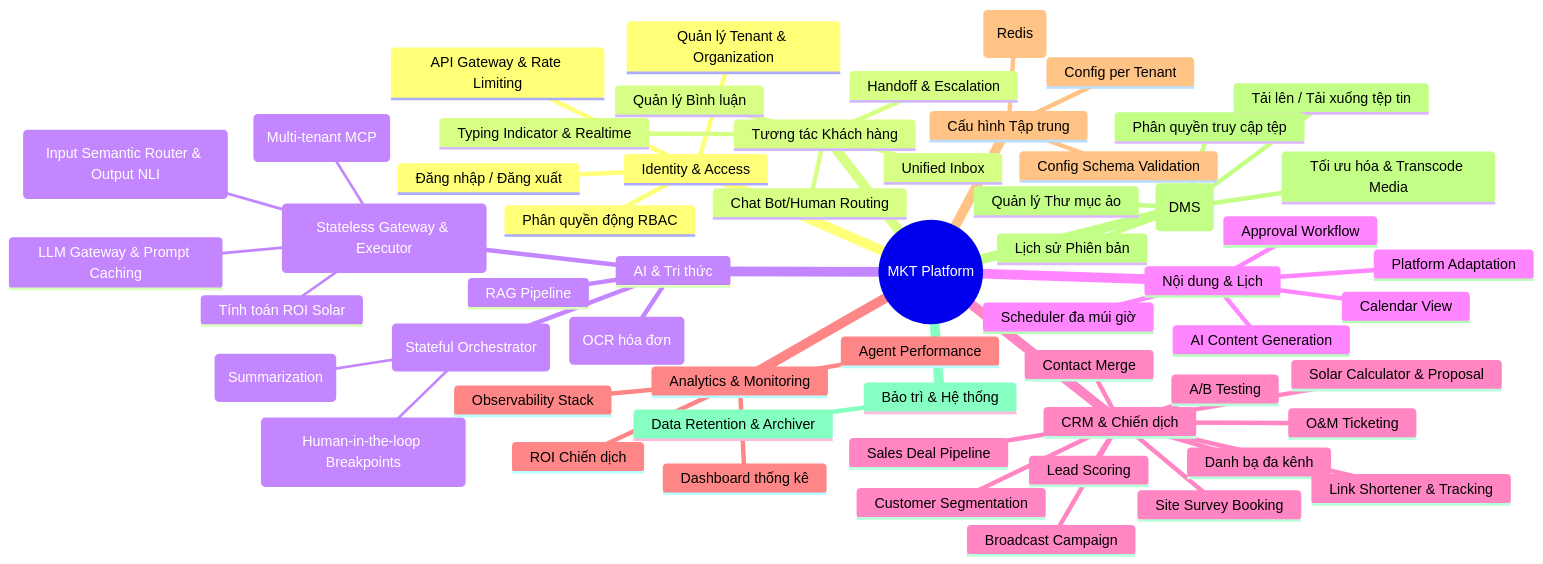
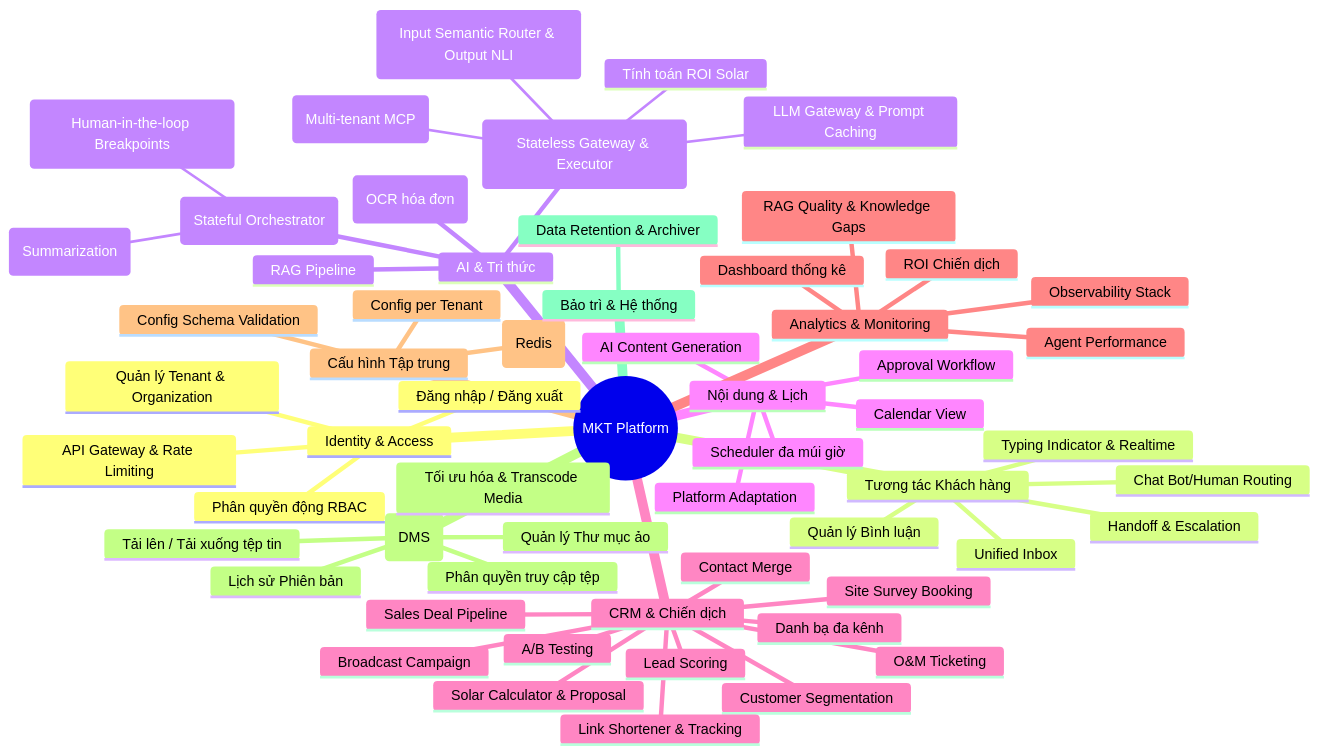
The second of 2 diagrams in docs/SRS/02_Overall_Description.md (hugg4u/solavie-platform), drawn with Mermaid before and after one commit. The commit also changed other lines of this file and 36 other files, not shown here.

Commit message:
docs: sync and update system requirements and service specifications for Query Rewriter and RAG Quality

````diff
--- a/docs/SRS/02_Overall_Description.md
+++ b/docs/SRS/02_Overall_Description.md
@@ -77,61 +77,62 @@
 ```mermaid
 mindmap
   root((MKT Platform))
     Identity & Access
       Đăng nhập / Đăng xuất
       Quản lý Tenant & Organization
       Phân quyền động RBAC
       API Gateway & Rate Limiting
     Tương tác Khách hàng
       Unified Inbox
       Chat Bot/Human Routing
       Handoff & Escalation
       Typing Indicator & Realtime
       Quản lý Bình luận
     AI & Tri thức
       Chatbot LangGraph (Stateful Orchestrator)
         Tóm tắt & Trim tin nhắn tự động (Summarization)
         Duyệt hành động bởi con người (Human-in-the-loop Breakpoints)
       AI Core (Stateless Gateway & Executor)
         LLM Gateway & Prompt Caching
         Rào chắn an toàn kép (Input Semantic Router & Output NLI)
         Cổng MCP Host Gateway đa tenant (Multi-tenant MCP)
         Tính toán ROI Solar
       RAG Pipeline
       AI Vision (OCR hóa đơn)
     Nội dung & Lịch
       AI Content Generation
       Platform Adaptation
       Approval Workflow
       Scheduler đa múi giờ
       Calendar View
     CRM & Chiến dịch
       Danh bạ đa kênh
       Contact Merge
       Lead Scoring
       Customer Segmentation
       Broadcast Campaign
       A/B Testing
       Link Shortener & Tracking
       Sales Deal Pipeline
       Site Survey Booking
       O&M Ticketing
       Solar Calculator & Proposal
     Analytics & Monitoring
       Dashboard thống kê
       Agent Performance
       ROI Chiến dịch
+      RAG Quality & Knowledge Gaps
       Observability Stack
     Cấu hình Tập trung
       Config per Tenant
       Hot Reload (Redis)
       Config Schema Validation
     Document Management (DMS)
       Tải lên / Tải xuống tệp tin
       Quản lý Thư mục ảo
       Lịch sử Phiên bản
       Phân quyền truy cập tệp
       Tối ưu hóa & Transcode Media
     Bảo trì & Hệ thống
       Data Retention & Archiver
 ```
````
